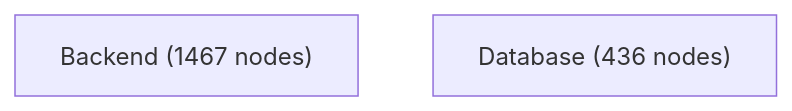
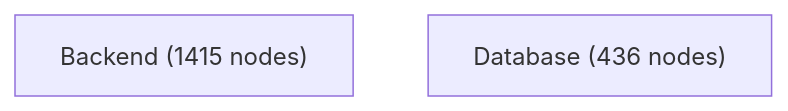
One commit to jankneumann/agentic-coding-tools changed the first of 4 diagrams in docs/architecture-analysis/architecture.report.md. Above: the diagram before and after it, drawn with Mermaid. The commit also changed other lines of this file and 16 other files, not shown here.

First line of the commit message:
feat(architecture-refresh): demote three generated artifacts to local-cache (tasks 4.1-4.4)

````diff
--- a/docs/architecture-analysis/architecture.report.md
+++ b/docs/architecture-analysis/architecture.report.md
@@ -501,5 +501,5 @@
 ```mermaid
 flowchart TB
-    Backend["Backend (1467 nodes)"]
+    Backend["Backend (1415 nodes)"]
     Database["Database (436 nodes)"]
 ```
````
